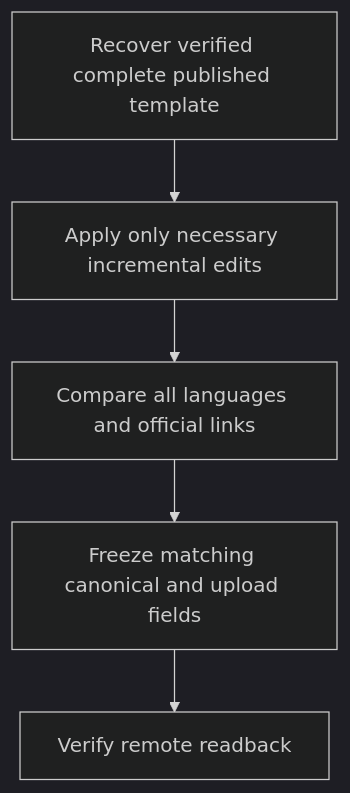
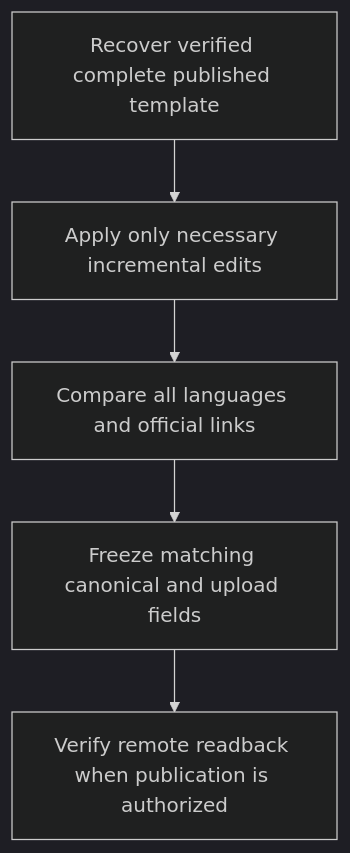
The diagram in docs/specs/metadata-spec.md (Chengxuan-He/CS2BridgeBuilder), drawn with Mermaid (dark theme) before and after one commit. The commit also changed other lines of this file and 2 other files, not shown here.

````diff
--- a/docs/specs/metadata-spec.md
+++ b/docs/specs/metadata-spec.md
@@ -42,8 +73,8 @@
 ```mermaid
 flowchart TD
     A["Recover verified complete published template"] --> B
     B["Apply only necessary incremental edits"] --> C
     C["Compare all languages and official links"] --> D
     D["Freeze matching canonical and upload fields"] --> E
-    E["Verify remote readback"]
+    E["Verify remote readback when publication is authorized"]
 ```
````
